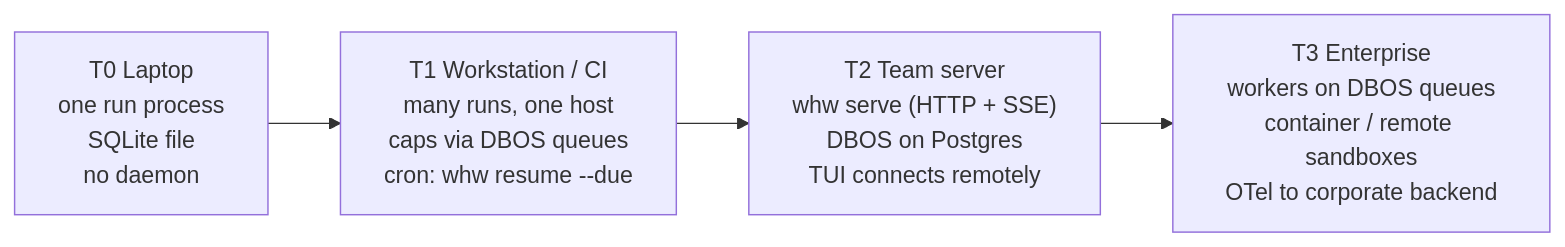
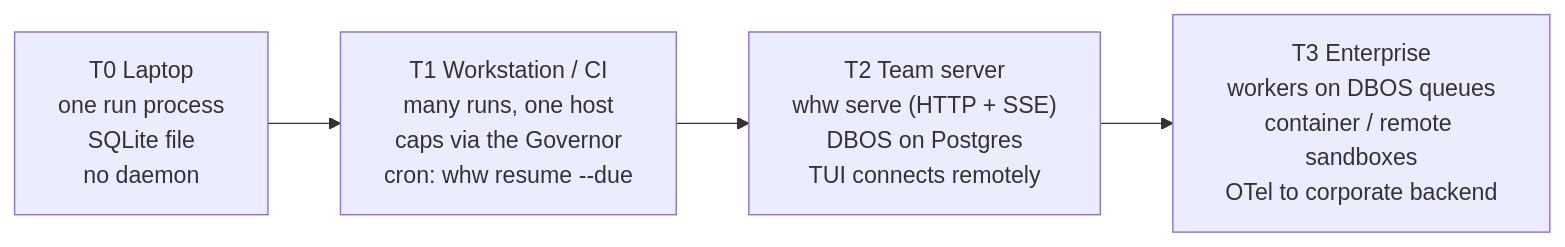
The ninth of 10 diagrams in VISION.md (Karetski/whisperwind), drawn with Mermaid before and after one commit. The commit also changed other lines of this file, not shown here.

````diff
--- a/VISION.md
+++ b/VISION.md
@@ -798,6 +798,6 @@
 ```mermaid
 flowchart LR
-  T0["T0 Laptop<br/>one run process<br/>SQLite file<br/>no daemon"] --> T1["T1 Workstation / CI<br/>many runs, one host<br/>caps via DBOS queues<br/>cron: whw resume --due"]
+  T0["T0 Laptop<br/>one run process<br/>SQLite file<br/>no daemon"] --> T1["T1 Workstation / CI<br/>many runs, one host<br/>caps via the Governor<br/>cron: whw resume --due"]
   T1 --> T2["T2 Team server<br/>whw serve (HTTP + SSE)<br/>DBOS on Postgres<br/>TUI connects remotely"]
   T2 --> T3["T3 Enterprise<br/>workers on DBOS queues<br/>container / remote sandboxes<br/>OTel to corporate backend"]
 ```
````
